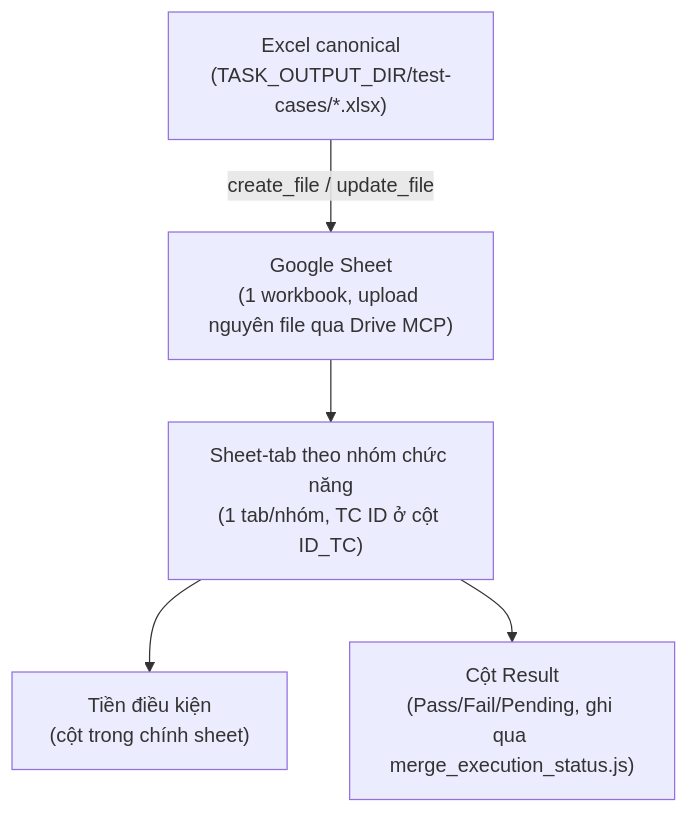
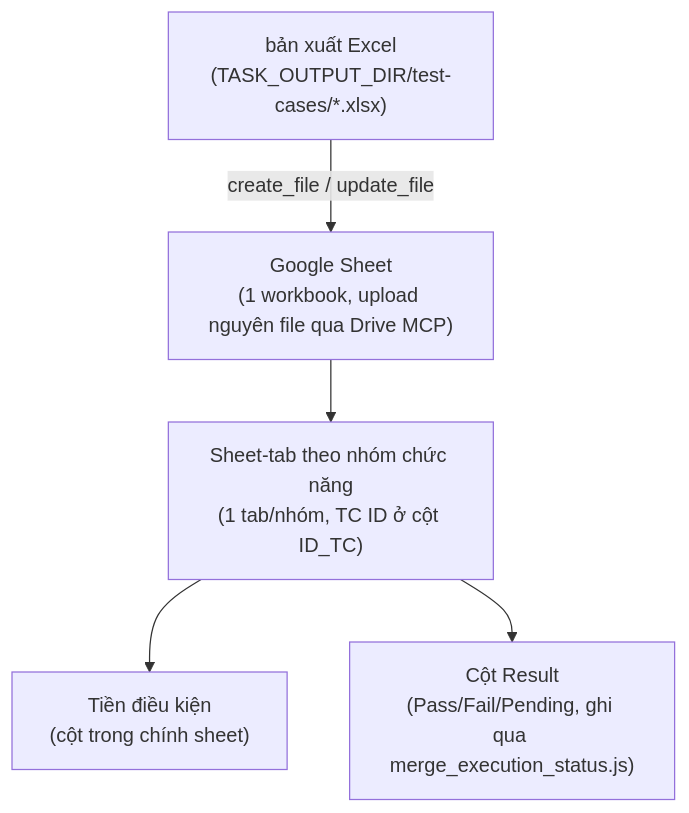
One commit to hungmanh0206/test_automation_kit_v3.0 changed the third of 3 diagrams in README.md. Above: the diagram before and after it, drawn with Mermaid. The commit also changed other lines of this file and 37 other files, not shown here.

````diff
--- a/README.md
+++ b/README.md
@@ -200,13 +200,13 @@
 ```mermaid
 flowchart TD
-    Excel["Excel canonical<br/>(TASK_OUTPUT_DIR/test-cases/*.xlsx)"]
+    Excel["bản xuất Excel<br/>(TASK_OUTPUT_DIR/test-cases/*.xlsx)"]
     Sheet["Google Sheet<br/>(1 workbook, upload nguyên file qua Drive MCP)"]
     Tab["Sheet-tab theo nhóm chức năng<br/>(1 tab/nhóm, TC ID ở cột ID_TC)"]
     Pre["Tiền điều kiện<br/>(cột trong chính sheet)"]
     Result["Cột Result<br/>(Pass/Fail/Pending, ghi qua merge_execution_status.js)"]
 
     Excel -->|"create_file / update_file"| Sheet
     Sheet --> Tab
     Tab --> Pre
     Tab --> Result
 ```
````
